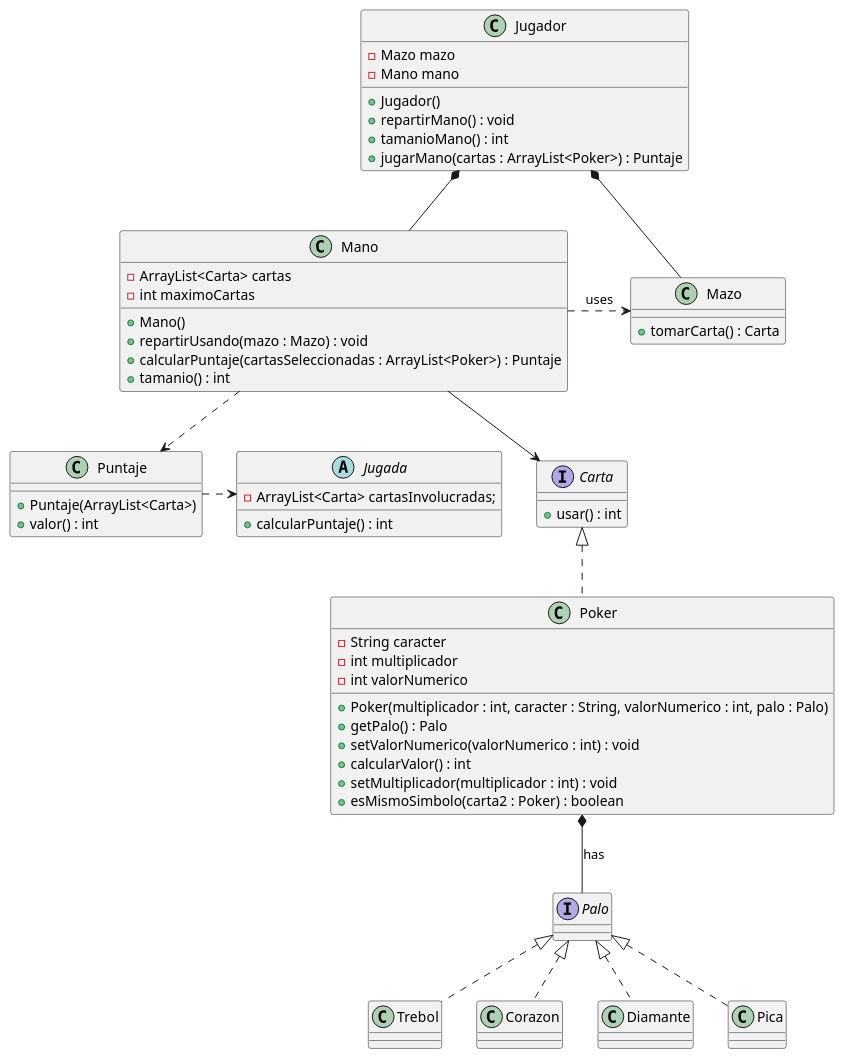
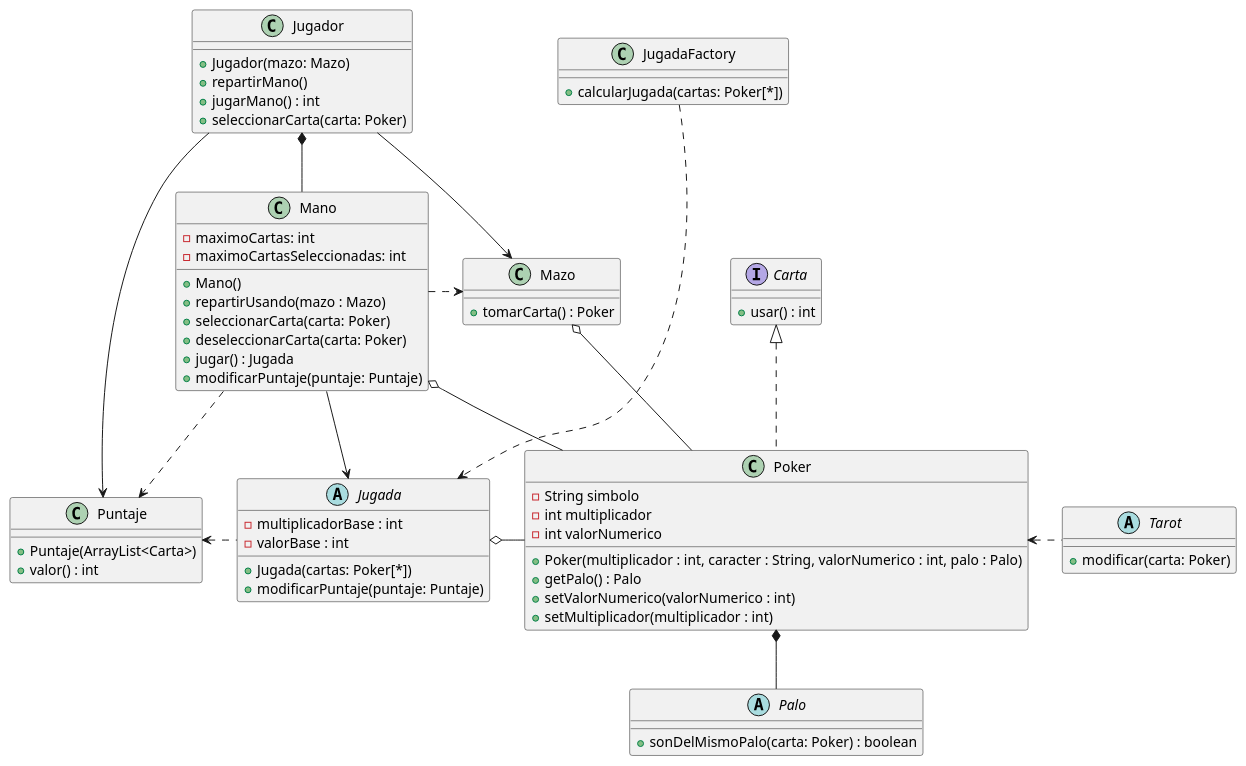
Before and after one commit to fiuba/algo3_proyecto_base_tp2: the diagram in diagrams/classes/diagrama_general.plantuml, drawn with PlantUML. The commit also changed 2 other files, not shown here.

Commit message:
Diagramas UML para entrega 1

```diff
--- a/diagrams/classes/diagrama_general.plantuml
+++ b/diagrams/classes/diagrama_general.plantuml
@@ -1,78 +1,77 @@
 @startuml
 
     class Jugador {
-        - Mazo mazo
-        - Mano mano
-        + Jugador()
-        + repartirMano() : void
-        + tamanioMano() : int
-        + jugarMano(cartas : ArrayList<Poker>) : Puntaje
+        + Jugador(mazo: Mazo)
+        + repartirMano()
+        + jugarMano() : int
+        + seleccionarCarta(carta: Poker)
     }
 
     class Mano {
-        - ArrayList<Carta> cartas
-        - int maximoCartas
+        - maximoCartas: int
+        - maximoCartasSeleccionadas: int
         + Mano()
-        + repartirUsando(mazo : Mazo) : void
-        + calcularPuntaje(cartasSeleccionadas : ArrayList<Poker>) : Puntaje
-        + tamanio() : int
+        + repartirUsando(mazo : Mazo)
+        + seleccionarCarta(carta: Poker)
+        + deseleccionarCarta(carta: Poker)
+        + jugar() : Jugada
+        + modificarPuntaje(puntaje: Puntaje)
     }
 
     class Mazo {
-        + tomarCarta() : Carta
+        + tomarCarta() : Poker
     }
 
     interface Carta {
         + usar() : int
     }
 
     class Poker implements Carta {
-        - String caracter
+        - String simbolo
         - int multiplicador
         - int valorNumerico
         + Poker(multiplicador : int, caracter : String, valorNumerico : int, palo : Palo)
         + getPalo() : Palo
-        + setValorNumerico(valorNumerico : int) : void
-        + calcularValor() : int
-        + setMultiplicador(multiplicador : int) : void
-        + esMismoSimbolo(carta2 : Poker) : boolean
+        + setValorNumerico(valorNumerico : int)
+        + setMultiplicador(multiplicador : int)
     }
 
-    class Trebol implements Palo {
-
-    }
-
-    class Corazon implements Palo {
-
-    }
-
-    class Diamante implements Palo {
-
-    }
-
-    class Pica implements Palo {
-
-    }
-
-
     abstract class Jugada {
-        - ArrayList<Carta> cartasInvolucradas;
-
-        + calcularPuntaje() : int
+        - multiplicadorBase : int
+        - valorBase : int
+        + Jugada(cartas: Poker[*])
+        + modificarPuntaje(puntaje: Puntaje)
     }
 
     class Puntaje {
         + Puntaje(ArrayList<Carta>)
         + valor() : int
     }
 
+    class JugadaFactory {
+        + calcularJugada(cartas: Poker[*])
+    }
+
+    abstract class Tarot {
+        + modificar(carta: Poker)
+    }
+
+    abstract class Palo {
+        +sonDelMismoPalo(carta: Poker) : boolean
+    }
+
+    Jugador -> Puntaje
     Mano ..> Puntaje
-    Puntaje .> Jugada
+    Mano --> Jugada
     Jugador *-- Mano
-    Jugador *-- Mazo
-    Mano .> Mazo : uses
-    Mano --> Carta
-    Poker *-- Palo : has
-
+    Jugador --> Mazo
+    Mano .> Mazo
+    Poker *-- Palo
+    Mano o-- Poker
+    Mazo o-- Poker
+    JugadaFactory ...> Jugada
+    Jugada o- Poker
+    Puntaje <. Jugada
+    Poker <. Tarot
 
 @enduml
```
